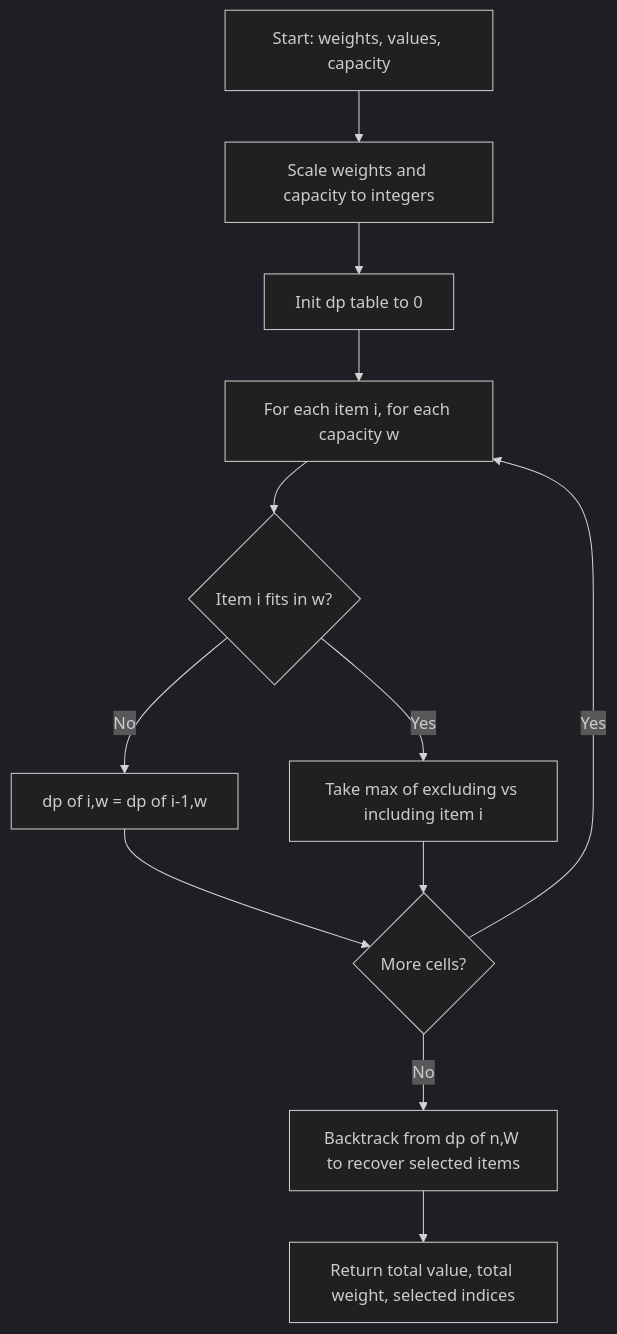
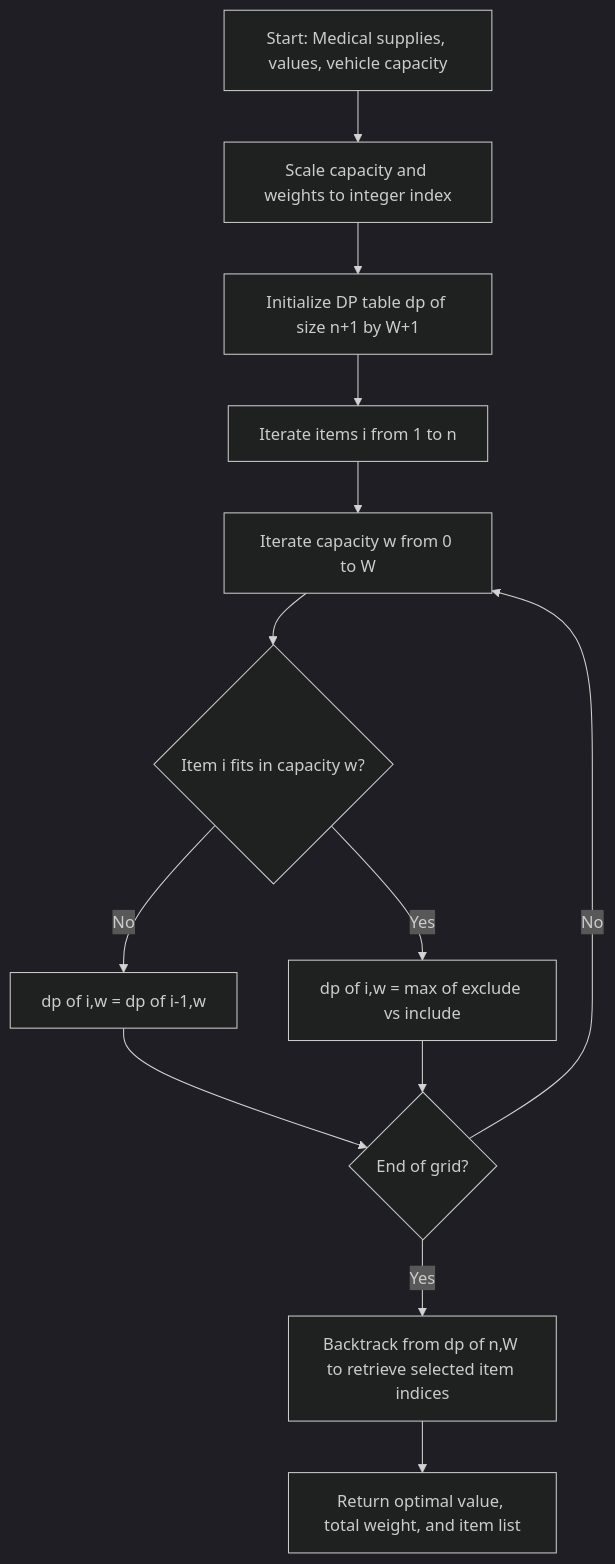
The third of 6 diagrams in docs/service-operations/flowcharts-pseudocode.md (Septagon-Systems/Hospital-Service-DSA), drawn with Mermaid (dark theme) before and after one commit. The commit also changed other lines of this file and 1 other file, not shown here.

Commit message:
docs(flowcharts): expand pseudocode to cover all 12 data structures and multi-queue dispatch

````diff
--- a/docs/service-operations/flowcharts-pseudocode.md
+++ b/docs/service-operations/flowcharts-pseudocode.md
@@ -199,14 +195,15 @@
 ```mermaid
 flowchart TD
-    A[Start: weights, values, capacity] --> B[Scale weights and capacity to integers]
-    B --> C[Init dp table to 0]
-    C --> D[For each item i, for each capacity w]
-    D --> E{Item i fits in w?}
-    E -- No --> F[dp of i,w = dp of i-1,w]
-    E -- Yes --> G[Take max of excluding vs including item i]
-    F --> H{More cells?}
-    G --> H
-    H -- Yes --> D
-    H -- No --> I[Backtrack from dp of n,W to recover selected items]
-    I --> J[Return total value, total weight, selected indices]
+    A[Start: Medical supplies, values, vehicle capacity] --> B[Scale capacity and weights to integer index]
+    B --> C[Initialize DP table dp of size n+1 by W+1]
+    C --> D[Iterate items i from 1 to n]
+    D --> E[Iterate capacity w from 0 to W]
+    E --> F{Item i fits in capacity w?}
+    F -- No --> G[dp of i,w = dp of i-1,w]
+    F -- Yes --> H[dp of i,w = max of exclude vs include]
+    G --> I{End of grid?}
+    H --> I
+    I -- No --> E
+    I -- Yes --> J[Backtrack from dp of n,W to retrieve selected item indices]
+    J --> K[Return optimal value, total weight, and item list]
 ```
````
